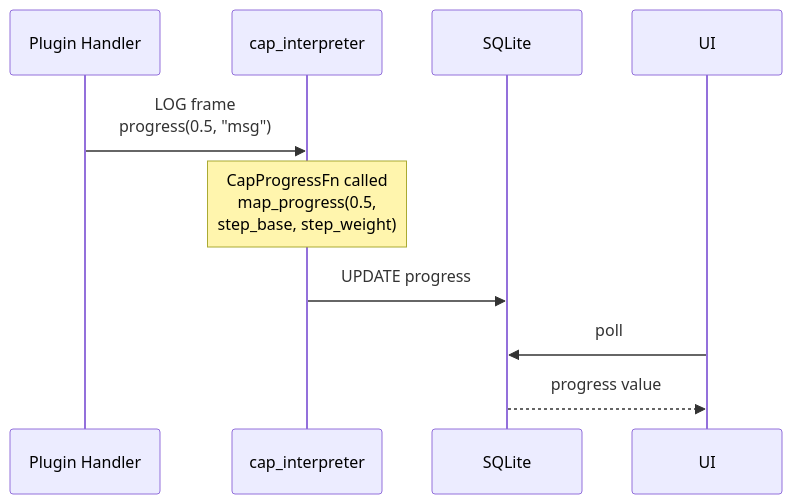
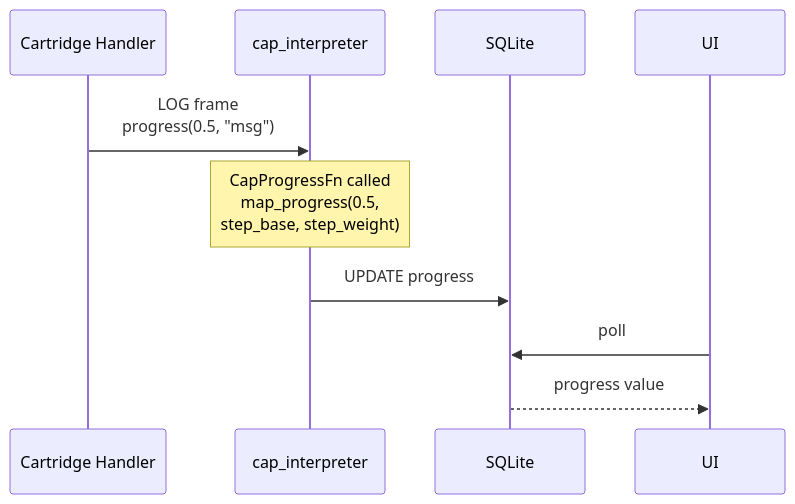
Before and after one commit to machinefabric/capns: the first of 2 diagrams in docs/17.1-TASK-INTEGRATION.md, drawn with Mermaid. The commit also changed other lines of this file and 53 other files, not shown here.

````diff
--- a/docs/17.1-TASK-INTEGRATION.md
+++ b/docs/17.1-TASK-INTEGRATION.md
@@ -53,13 +53,13 @@
 ```mermaid
 sequenceDiagram
-    participant P as Plugin Handler
+    participant P as Cartridge Handler
     participant CI as cap_interpreter
     participant DB as SQLite
     participant UI as UI
 
     P->>CI: LOG frame<br/>progress(0.5, "msg")
     Note over CI: CapProgressFn called<br/>map_progress(0.5,<br/>step_base, step_weight)
     CI->>DB: UPDATE progress
     UI->>DB: poll
     DB-->>UI: progress value
 ```
````
